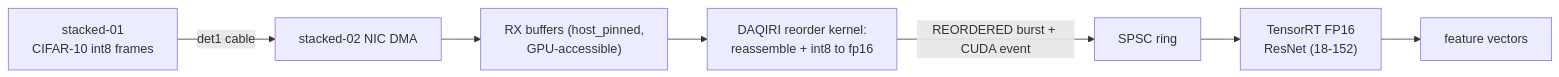
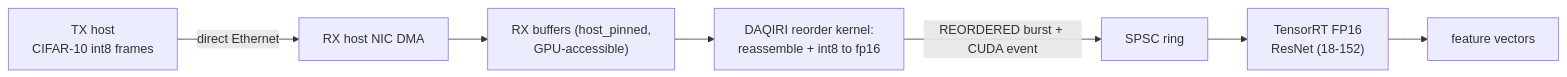
The diagram in docs/benchmarks/performance-dgx-spark.md (NVIDIA/daqiri), drawn with Mermaid before and after one commit. The commit also changed other lines of this file and 7 other files, not shown here.

````diff
--- a/docs/benchmarks/performance-dgx-spark.md
+++ b/docs/benchmarks/performance-dgx-spark.md
@@ -555,9 +551,9 @@
 ```mermaid
 flowchart LR
-  TX["stacked-01<br/>CIFAR-10 int8 frames"] -->|"det1 cable"| N["stacked-02 NIC DMA"]
+  TX["TX host<br/>CIFAR-10 int8 frames"] -->|"direct Ethernet"| N["RX host NIC DMA"]
   N --> R["RX buffers (host_pinned,<br/>GPU-accessible)"]
   R --> K["DAQIRI reorder kernel:<br/>reassemble + int8 to fp16"]
   K -->|"REORDERED burst + CUDA event"| Q["SPSC ring"]
   Q --> T["TensorRT FP16<br/>ResNet (18-152)"]
   T --> F["feature vectors"]
 ```
````
